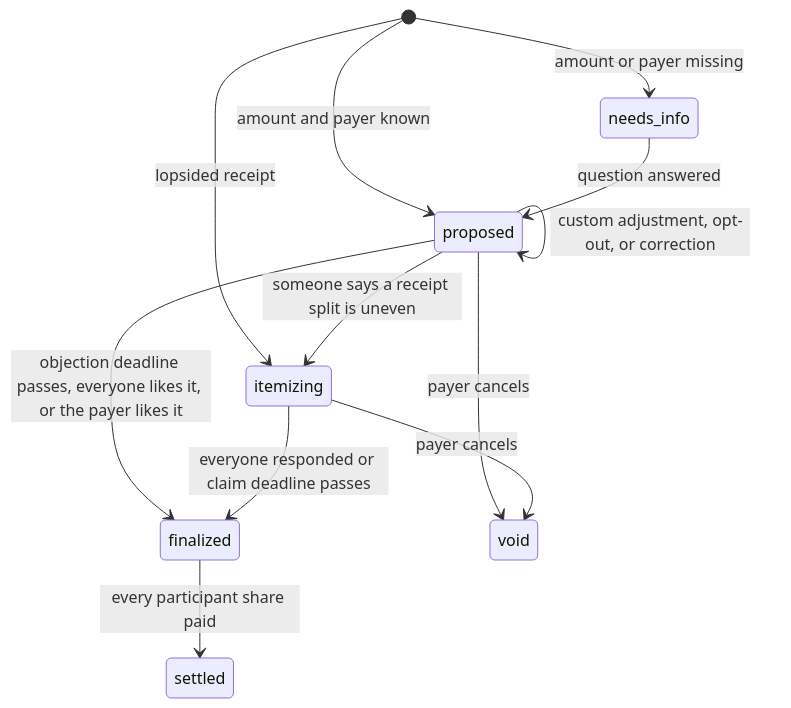
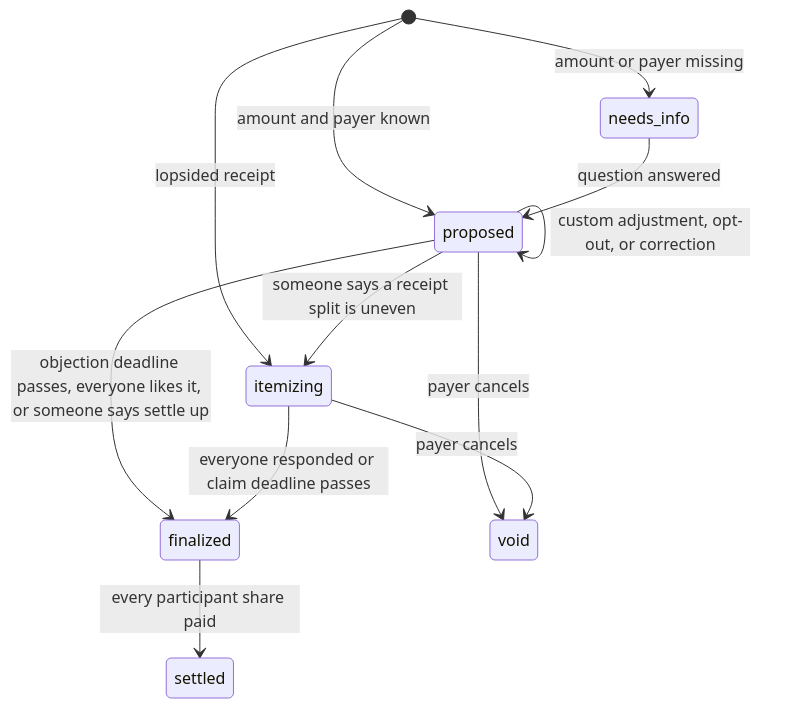
One commit to HarjyotS/Tab_MHacks26 changed the third of 3 diagrams in SPEC.md. Above: the diagram before and after it, drawn with Mermaid. The commit also changed other lines of this file and 11 other files, not shown here.

````diff
--- a/SPEC.md
+++ b/SPEC.md
@@ -505,14 +505,14 @@
 ```mermaid
 stateDiagram-v2
   [*] --> needs_info: amount or payer missing
   [*] --> proposed: amount and payer known
   [*] --> itemizing: lopsided receipt
   needs_info --> proposed: question answered
   proposed --> proposed: custom adjustment, opt-out, or correction
   proposed --> itemizing: someone says a receipt split is uneven
-  proposed --> finalized: objection deadline passes, everyone likes it, or the payer likes it
+  proposed --> finalized: objection deadline passes, everyone likes it, or someone says settle up
   itemizing --> finalized: everyone responded or claim deadline passes
   finalized --> settled: every participant share paid
   proposed --> void: payer cancels
   itemizing --> void: payer cancels
 ```
````
